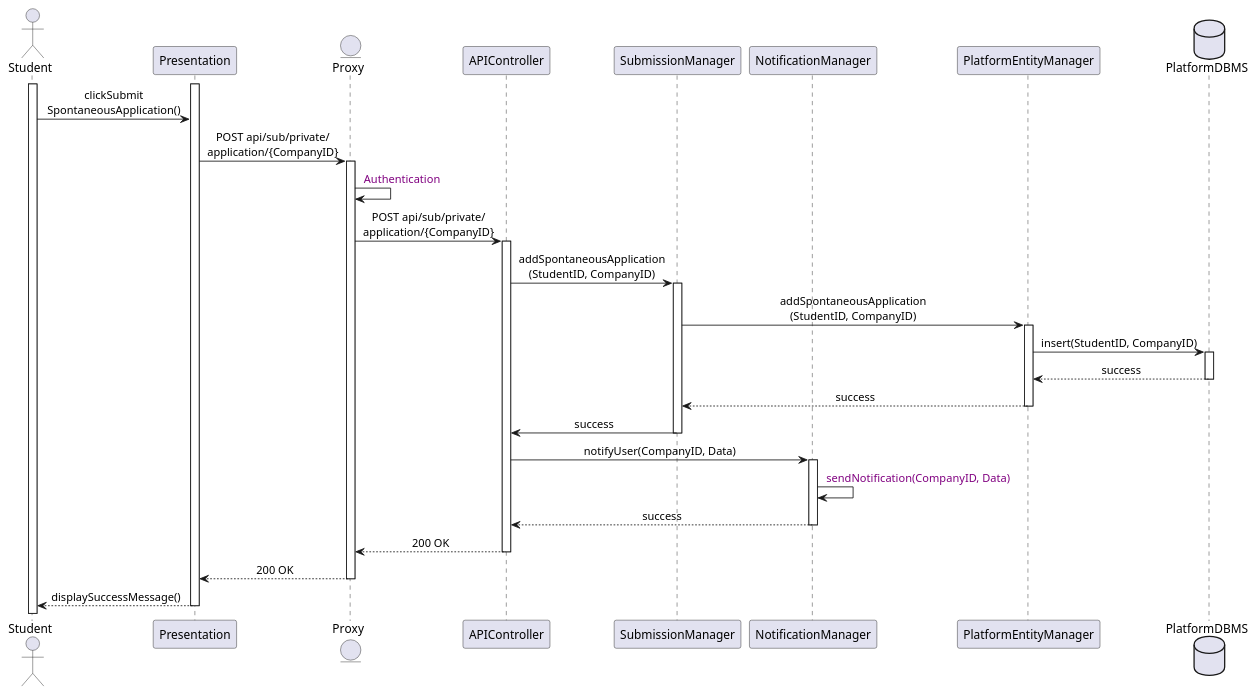
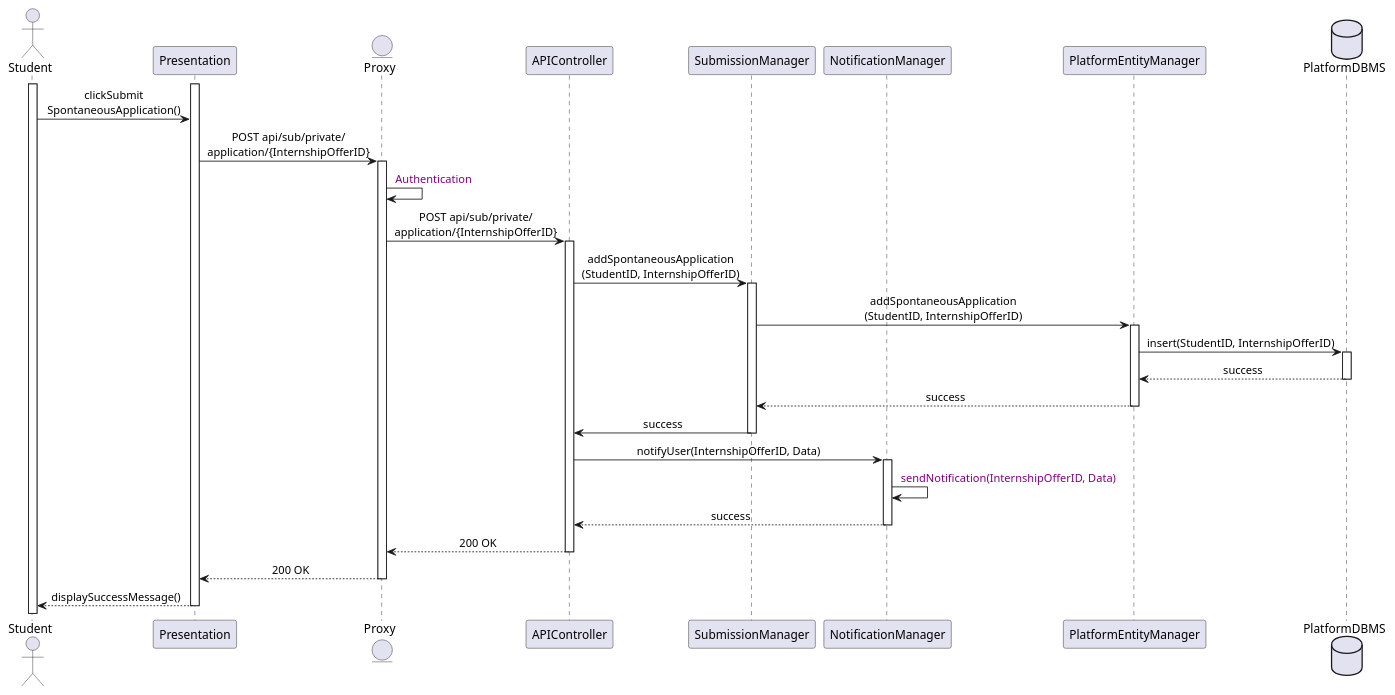
The diagram in Diagrams/SequenceDiagrams/DD/7StudentSendsSpontaneousApplication.wsd (Slaitroc/RicciPaoliGrisoni), drawn with PlantUML before and after one commit. The commit also changed 1 other file, not shown here.

```diff
--- a/Diagrams/SequenceDiagrams/DD/7StudentSendsSpontaneousApplication.wsd
+++ b/Diagrams/SequenceDiagrams/DD/7StudentSendsSpontaneousApplication.wsd
@@ -1,33 +1,33 @@
 @startuml Spontaneous Application Submission
 skinparam sequenceMessageAlign center
 
 actor       Student
 participant  Presentation
 entity      Proxy
 participant APIController
 participant SubmissionManager
 participant NotificationManager
 participant PlatformEntityManager
 database    PlatformDBMS
 
 activate Student
 activate Presentation
 Student -> Presentation : clickSubmit\nSpontaneousApplication()
 
-Presentation -> Proxy ++ : POST api/sub/private/\napplication/{CompanyID}
+Presentation -> Proxy ++ : POST api/sub/private/\napplication/{InternshipOfferID}
 Proxy -> Proxy  : <color:purple> Authentication
-Proxy -> APIController ++ : POST api/sub/private/\napplication/{CompanyID}
-APIController -> SubmissionManager ++ : addSpontaneousApplication\n(StudentID, CompanyID)
-SubmissionManager -> PlatformEntityManager ++ : addSpontaneousApplication\n(StudentID, CompanyID) 
-PlatformEntityManager -> PlatformDBMS ++ : insert(StudentID, CompanyID)
+Proxy -> APIController ++ : POST api/sub/private/\napplication/{InternshipOfferID}
+APIController -> SubmissionManager ++ : addSpontaneousApplication\n(StudentID, InternshipOfferID)
+SubmissionManager -> PlatformEntityManager ++ : addSpontaneousApplication\n(StudentID, InternshipOfferID) 
+PlatformEntityManager -> PlatformDBMS ++ : insert(StudentID, InternshipOfferID)
 PlatformDBMS --> PlatformEntityManager -- : success
 PlatformEntityManager --> SubmissionManager -- : success
 SubmissionManager -> APIController -- : success
-APIController -> NotificationManager ++ : notifyUser(CompanyID, Data)
-NotificationManager -> NotificationManager : <color:purple> sendNotification(CompanyID, Data)
+APIController -> NotificationManager ++ : notifyUser(InternshipOfferID, Data)
+NotificationManager -> NotificationManager : <color:purple> sendNotification(InternshipOfferID, Data)
 NotificationManager --> APIController -- : success
 APIController --> Proxy -- : 200 OK 
 Proxy --> Presentation -- : 200 OK 
 Presentation --> Student -- : displaySuccessMessage()
 
 @enduml
```
